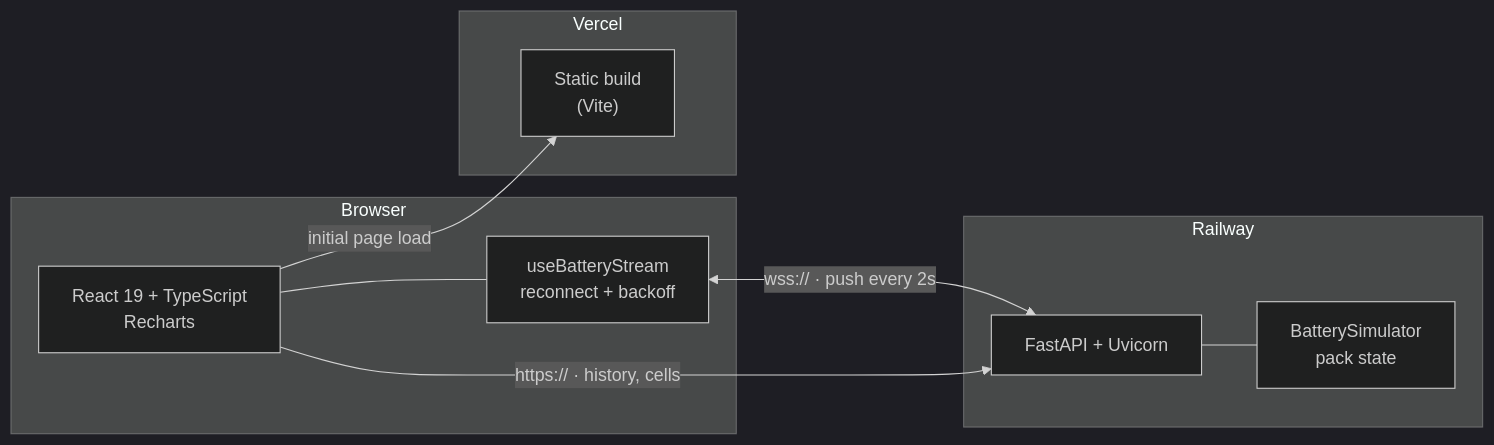
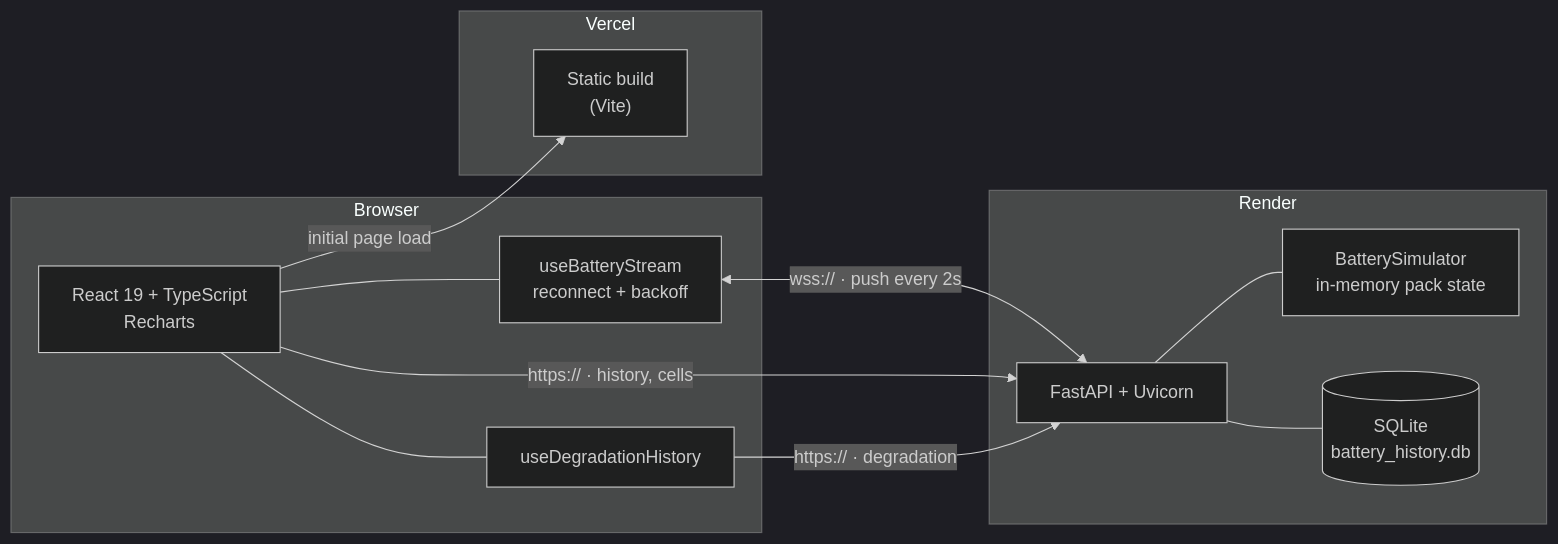
Before and after one commit to J4jatin/ev-battery-dashboard: the diagram in README.md, drawn with Mermaid (dark theme). The commit also changed other lines of this file and 16 other files, not shown here.

Commit message:
Add real NASA battery degradation dataset with SQLite-backed API and chart

````diff
--- a/README.md
+++ b/README.md
@@ -15,22 +16,27 @@
 ```mermaid
 flowchart LR
     subgraph browser["Browser"]
         UI["React 19 + TypeScript<br/>Recharts"]
         HOOK["useBatteryStream<br/>reconnect + backoff"]
+        DEGHOOK["useDegradationHistory"]
         UI --- HOOK
+        UI --- DEGHOOK
     end
 
     subgraph vercel["Vercel"]
         STATIC["Static build<br/>(Vite)"]
     end
 
-    subgraph railway["Railway"]
+    subgraph render["Render"]
         API["FastAPI + Uvicorn"]
-        SIM["BatterySimulator<br/>pack state"]
+        SIM["BatterySimulator<br/>in-memory pack state"]
+        DB[("SQLite<br/>battery_history.db")]
         API --- SIM
+        API --- DB
     end
 
     UI -->|"initial page load"| STATIC
     HOOK <-->|"wss:// · push every 2s"| API
     UI -->|"https:// · history, cells"| API
+    DEGHOOK -->|"https:// · degradation"| API
 ```
````
